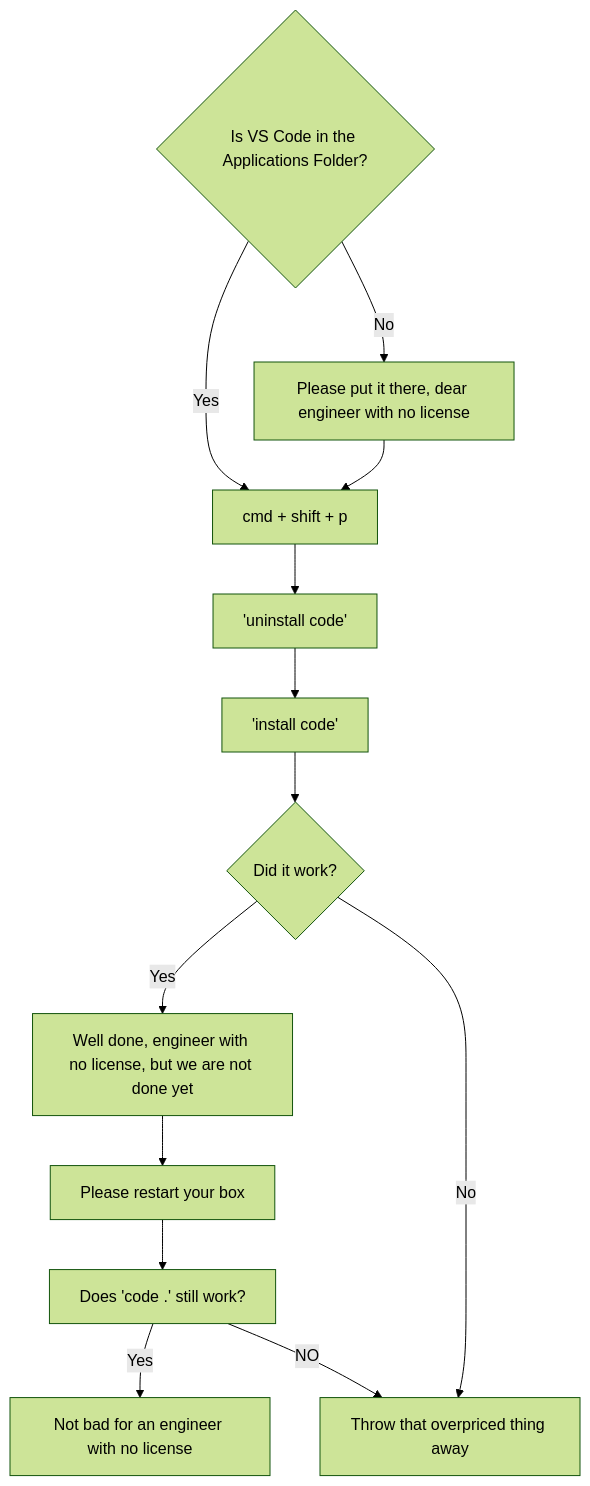
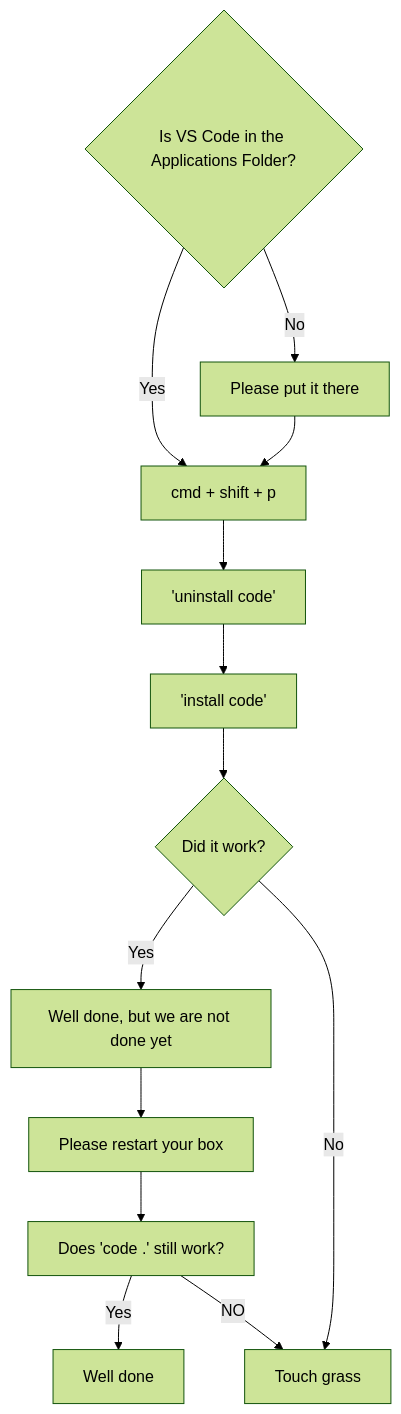
Before and after one commit to fzlck/Solution-flowchart: the diagram in "code ." command is not working.md, drawn with Mermaid (forest theme). The commit also changed other lines of this file, not shown here.

Commit message:
Update "code ." command is not working.md

````diff
--- a/"code ." command is not working.md
+++ b/"code ." command is not working.md
@@ -11,16 +11,16 @@
 ```mermaid
 flowchart TD
     A{Is VS Code in the Applications Folder?}
     A -- Yes --> B[cmd + shift + p]
-    A -- No --> C[Please put it there, dear engineer with no license]
+    A -- No --> C[Please put it there]
     C --> B
     B --> D['uninstall code']
     D --> E['install code']
     E --> F{Did it work?}
-    F -- Yes --> G[Well done, engineer with no license, but we are not done yet]
-    F -- No --> h[Throw that overpriced thing away]
+    F -- Yes --> G[Well done, but we are not done yet]
+    F -- No --> h[Touch grass]
     G --> H[Please restart your box]
     H --> I[Does 'code .' still work?]
-    I -- Yes --> J[Not bad for an engineer with no license]
+    I -- Yes --> J[Well done]
     I -- NO --> h
 ```
````
